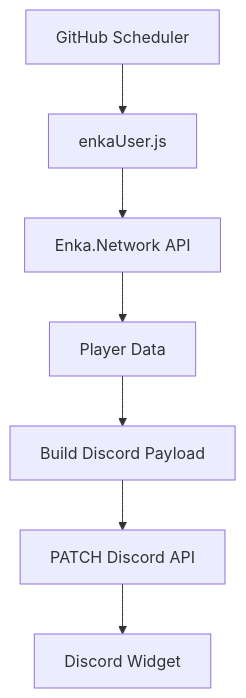
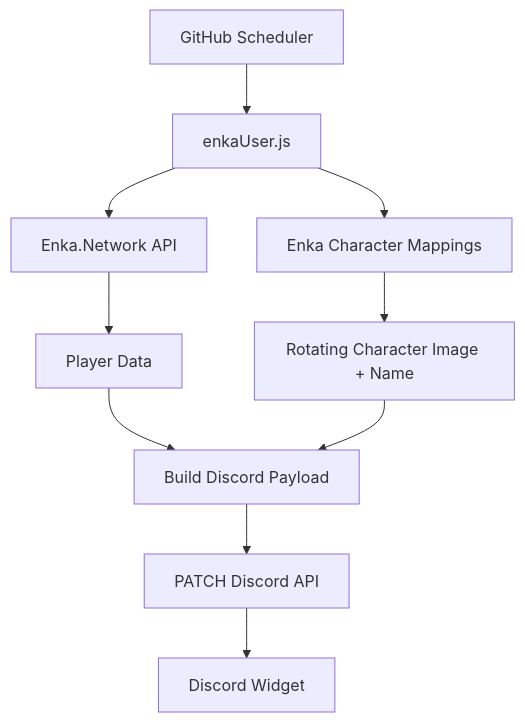
Before and after one commit to Kh0-a/Genshin-Stats: the diagram in README.md, drawn with Mermaid. The commit also changed other lines of this file and 1 other file, not shown here.

Commit message:
Enhance character showcase functionality by adding name and level display, and update image retrieval logic in enkaUser.js

````diff
--- a/README.md
+++ b/README.md
@@ -99,9 +173,12 @@
 ``` mermaid
 flowchart TD
     A[GitHub Scheduler] --> B[enkaUser.js]
     B --> C[Enka.Network API]
     C --> D[Player Data]
-    D --> E[Build Discord Payload]
-    E --> F[PATCH Discord API]
-    F --> G[Discord Widget]
+    B --> E[Enka Character Mappings]
+    E --> F[Rotating Character Image + Name]
+    D --> G[Build Discord Payload]
+    F --> G
+    G --> H[PATCH Discord API]
+    H --> I[Discord Widget]
 ```
````
